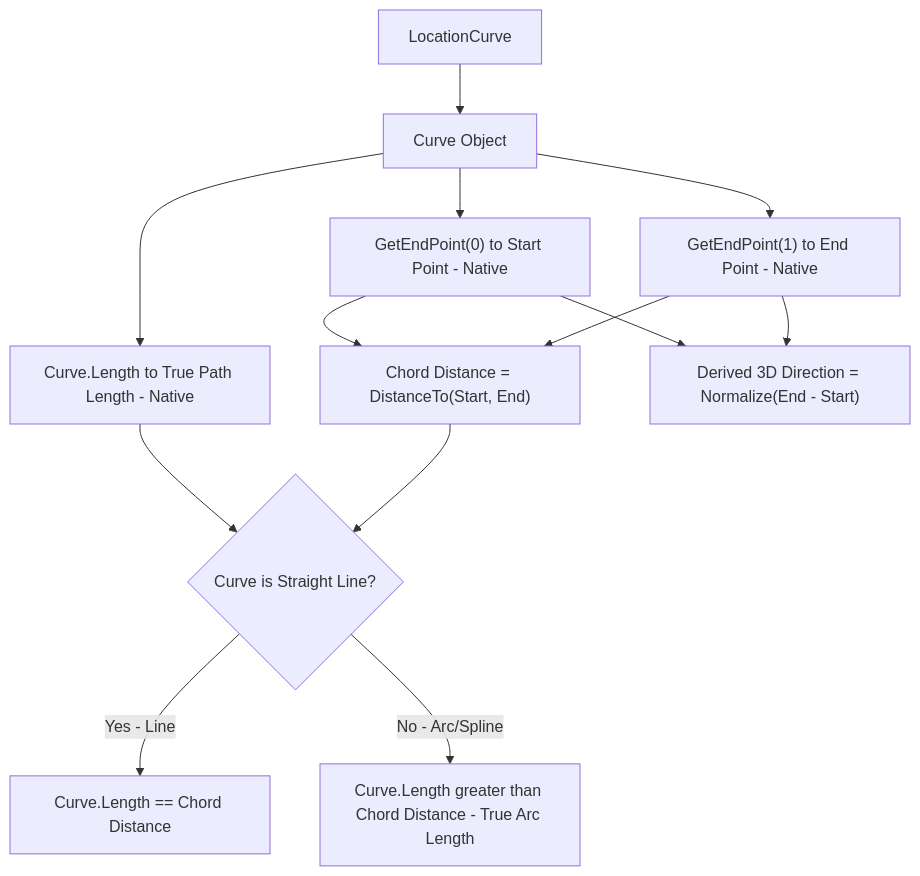
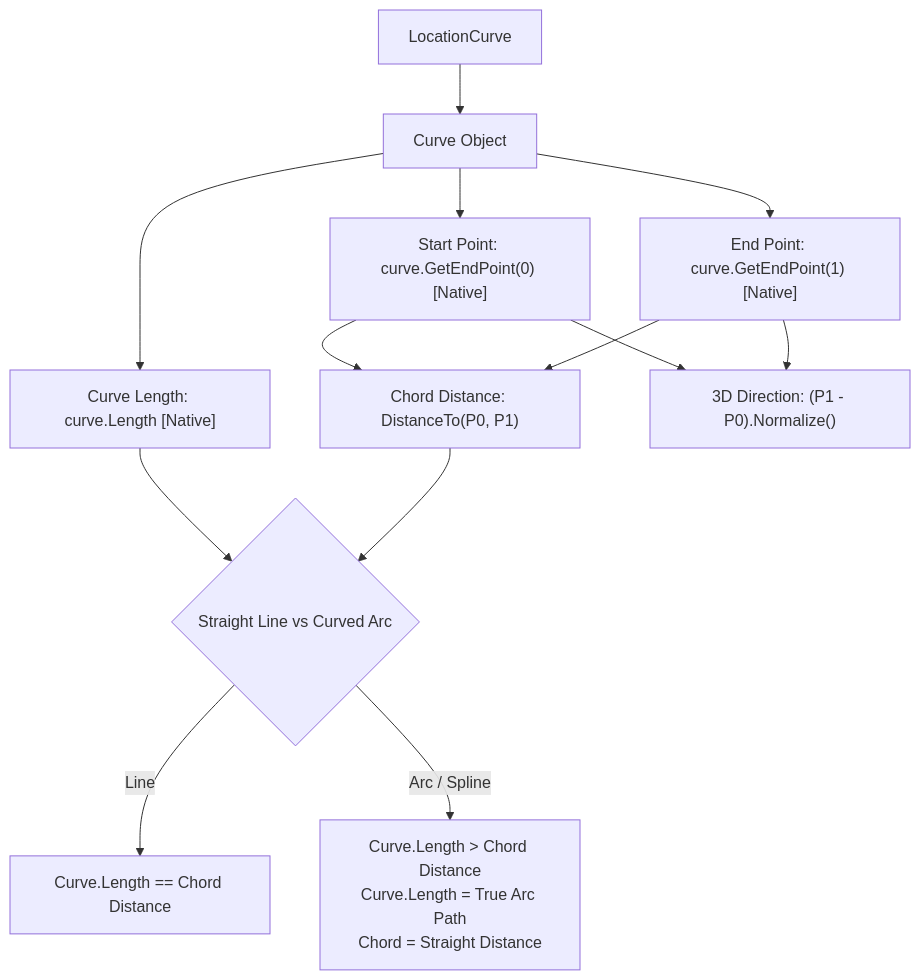
Diagram 16 of 21 in RevitApiSamples/Samples/TransformModule/TransformModule.md (Mustafa-TOMMY/CommandSamplesRevitApiVer2025), drawn with Mermaid before and after one commit. The commit also changed other lines of this file, not shown here.

Commit message:
Update mermaid file

````diff
--- a/RevitApiSamples/Samples/TransformModule/TransformModule.md
+++ b/RevitApiSamples/Samples/TransformModule/TransformModule.md
@@ -529,14 +664,17 @@
 ```mermaid
 flowchart TD
     LC["LocationCurve"] --> C["Curve Object"]
-    C --> EP0["GetEndPoint(0) to Start Point - Native"]
-    C --> EP1["GetEndPoint(1) to End Point - Native"]
-    C --> LEN["Curve.Length to True Path Length - Native"]
+    C --> P0["Start Point: curve.GetEndPoint(0) [Native]"]
+    C --> P1["End Point: curve.GetEndPoint(1) [Native]"]
+    C --> LEN["Curve Length: curve.Length [Native]"]
 
-    EP0 & EP1 --> CHORD["Chord Distance = DistanceTo(Start, End)"]
-    EP0 & EP1 --> DIR["Derived 3D Direction = Normalize(End - Start)"]
+    P0 --> CHORD["Chord Distance: DistanceTo(P0, P1)"]
+    P1 --> CHORD
+    P0 --> DIR["3D Direction: (P1 - P0).Normalize()"]
+    P1 --> DIR
 
-    LEN & CHORD --> CMP{"Curve is Straight Line?"}
-    CMP -->|Yes - Line| EQ["Curve.Length == Chord Distance"]
-    CMP -->|No - Arc/Spline| NEQ["Curve.Length greater than Chord Distance - True Arc Length"]
+    LEN --> CMP{"Straight Line vs Curved Arc"}
+    CHORD --> CMP
+    CMP -->|Line| EQ["Curve.Length == Chord Distance"]
+    CMP -->|Arc / Spline| NEQ["Curve.Length > Chord Distance<br/>Curve.Length = True Arc Path<br/>Chord = Straight Distance"]
 ```
````
